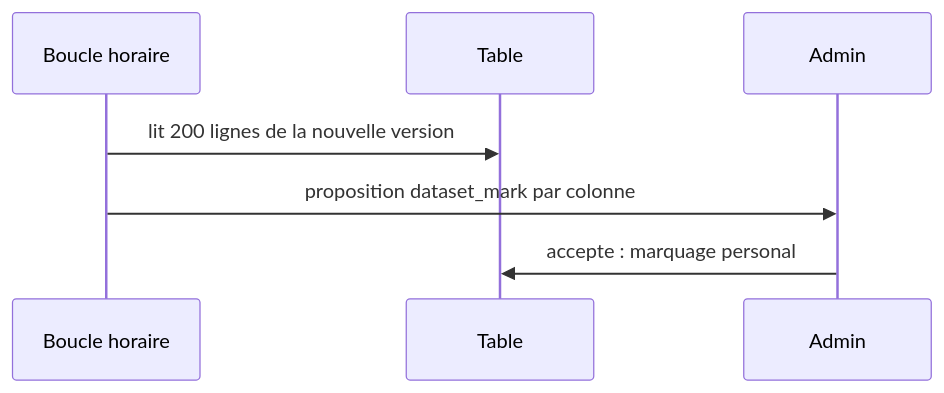
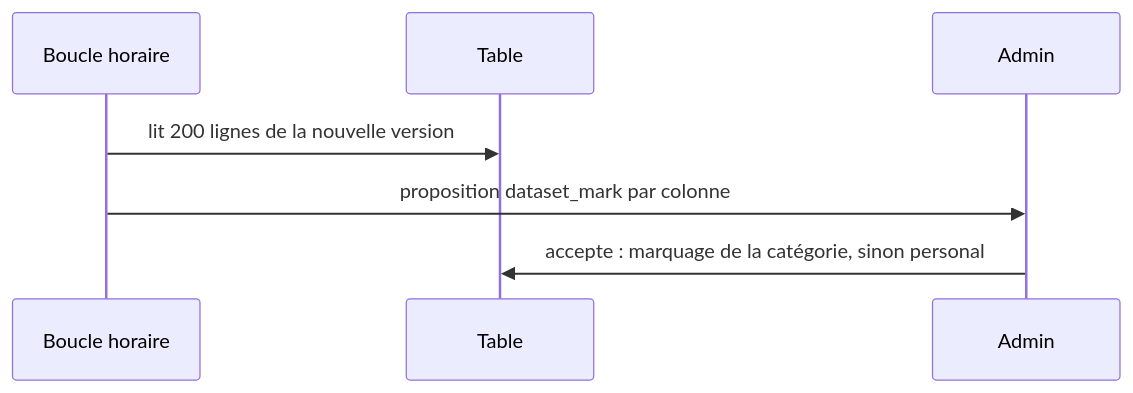
Before and after one commit to Pnex/pnex-rs: the fifth of 6 diagrams in docs/architecture/governance.md, drawn with Mermaid. The commit also changed other lines of this file and 10 other files, not shown here.

````diff
--- a/docs/architecture/governance.md
+++ b/docs/architecture/governance.md
@@ -97,9 +97,9 @@
 ```mermaid
 sequenceDiagram
   participant W as Boucle horaire
   participant T as Table
   participant A as Admin
   W->>T: lit 200 lignes de la nouvelle version
   W->>A: proposition dataset_mark par colonne
-  A->>T: accepte : marquage personal
+  A->>T: accepte : marquage de la catégorie, sinon personal
 ```
````
